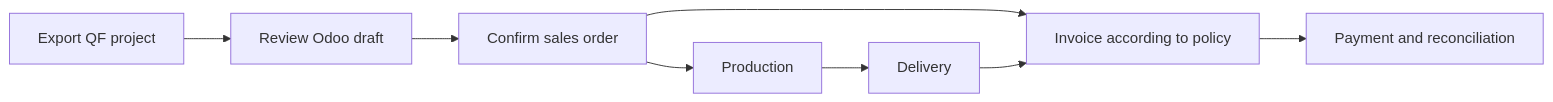
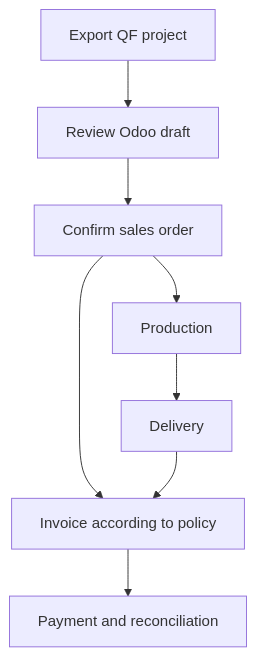
Before and after one commit to SheetMetalConnect/smc-mintlify: the first of 2 diagrams in qf2odoo/workflow.mdx, drawn with Mermaid. The commit also changed 1 other file, not shown here.

Commit message:
Update Follow a QF quotation into Odoo
- Updated qf2odoo/workflow.mdx
- Updated docs.json

Mintlify-Source: dashboard-editor

````diff
--- a/qf2odoo/workflow.mdx
+++ b/qf2odoo/workflow.mdx
@@ -15,10 +15,10 @@
 ```mermaid
-flowchart LR
+flowchart TB
   Q["Export QF project"] --> D["Review Odoo draft"]
   D --> C["Confirm sales order"]
   C --> P["Production"]
   P --> L["Delivery"]
   C --> I["Invoice according to policy"]
   L --> I
   I --> R["Payment and reconciliation"]
 ```
````
